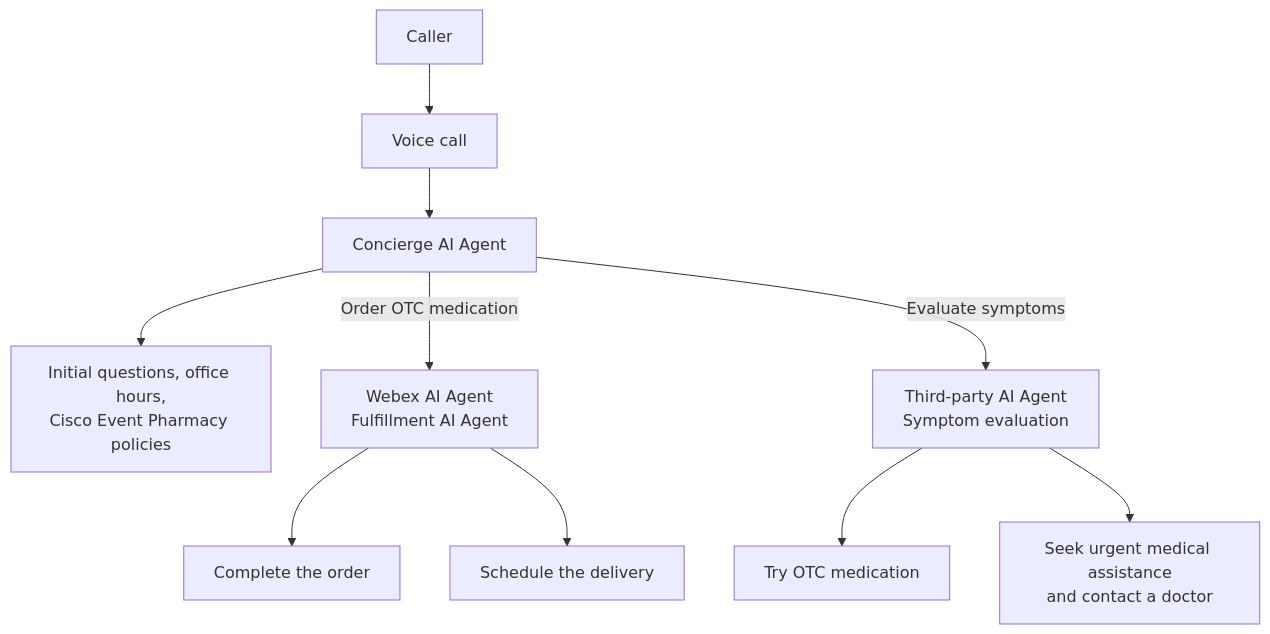
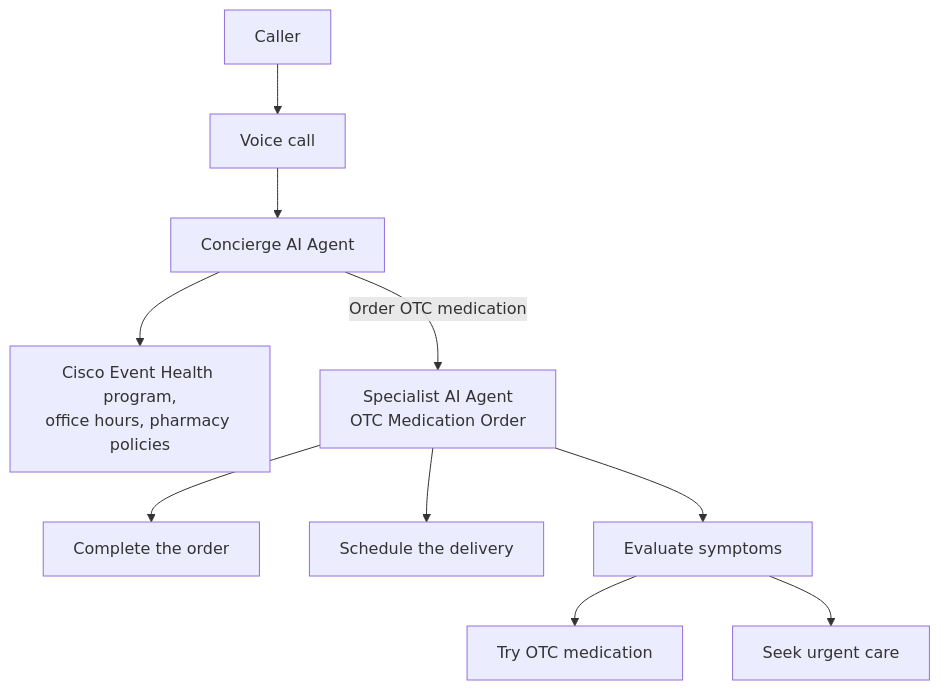
One commit to WebexCC-SA/LAB-21034 changed the diagram in docs/main/overview.md. Above: the diagram before and after it, drawn with Mermaid. The commit also changed other lines of this file and 11 other files, not shown here.

Commit message:
Reduce Cisco Event Health to two AI agents and shorten Concierge instructions.

````diff
--- a/docs/main/overview.md
+++ b/docs/main/overview.md
@@ -56,12 +59,12 @@
 ```mermaid
 flowchart TD
     Caller[Caller] --> Voice[Voice call]
     Voice --> Concierge[Concierge AI Agent]
-    Concierge --> FAQ[Initial questions, office hours,<br/>Cisco Event Pharmacy policies]
-    Concierge -->|Order OTC medication| Fulfillment[Webex AI Agent<br/>Fulfillment AI Agent]
-    Fulfillment --> Complete[Complete the order]
-    Fulfillment --> Delivery[Schedule the delivery]
-    Concierge -->|Evaluate symptoms| ThirdParty[Third-party AI Agent<br/>Symptom evaluation]
-    ThirdParty --> OTC[Try OTC medication]
-    ThirdParty --> Urgent[Seek urgent medical assistance<br/>and contact a doctor]
+    Concierge --> FAQ[Cisco Event Health program,<br/>office hours, pharmacy policies]
+    Concierge -->|Order OTC medication| Specialist[Specialist AI Agent<br/>OTC Medication Order]
+    Specialist --> Complete[Complete the order]
+    Specialist --> Delivery[Schedule the delivery]
+    Specialist --> Symptoms[Evaluate symptoms]
+    Symptoms --> OTC[Try OTC medication]
+    Symptoms --> Urgent[Seek urgent care]
 ```
````
